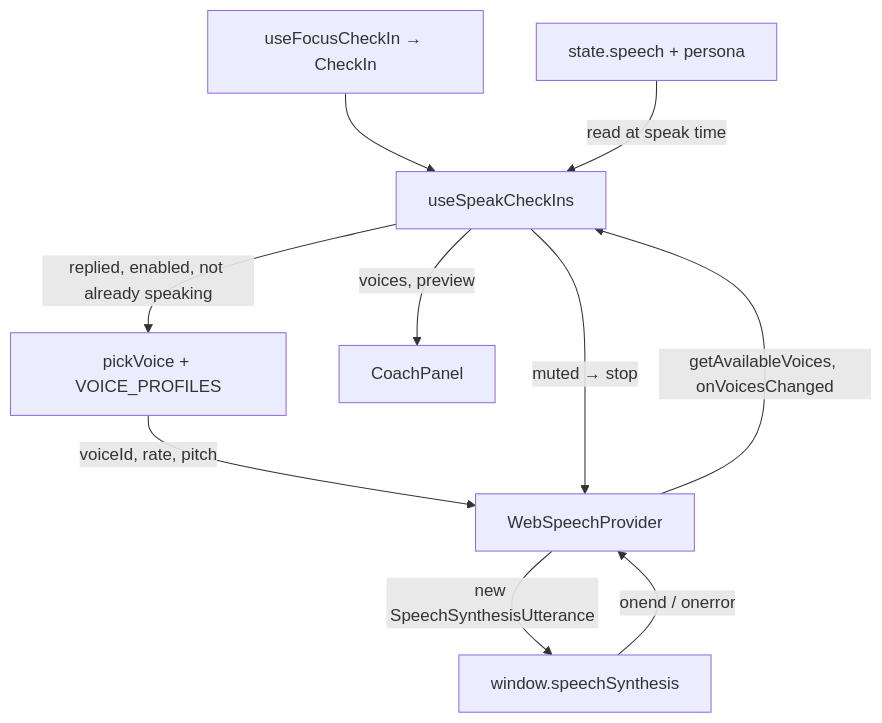
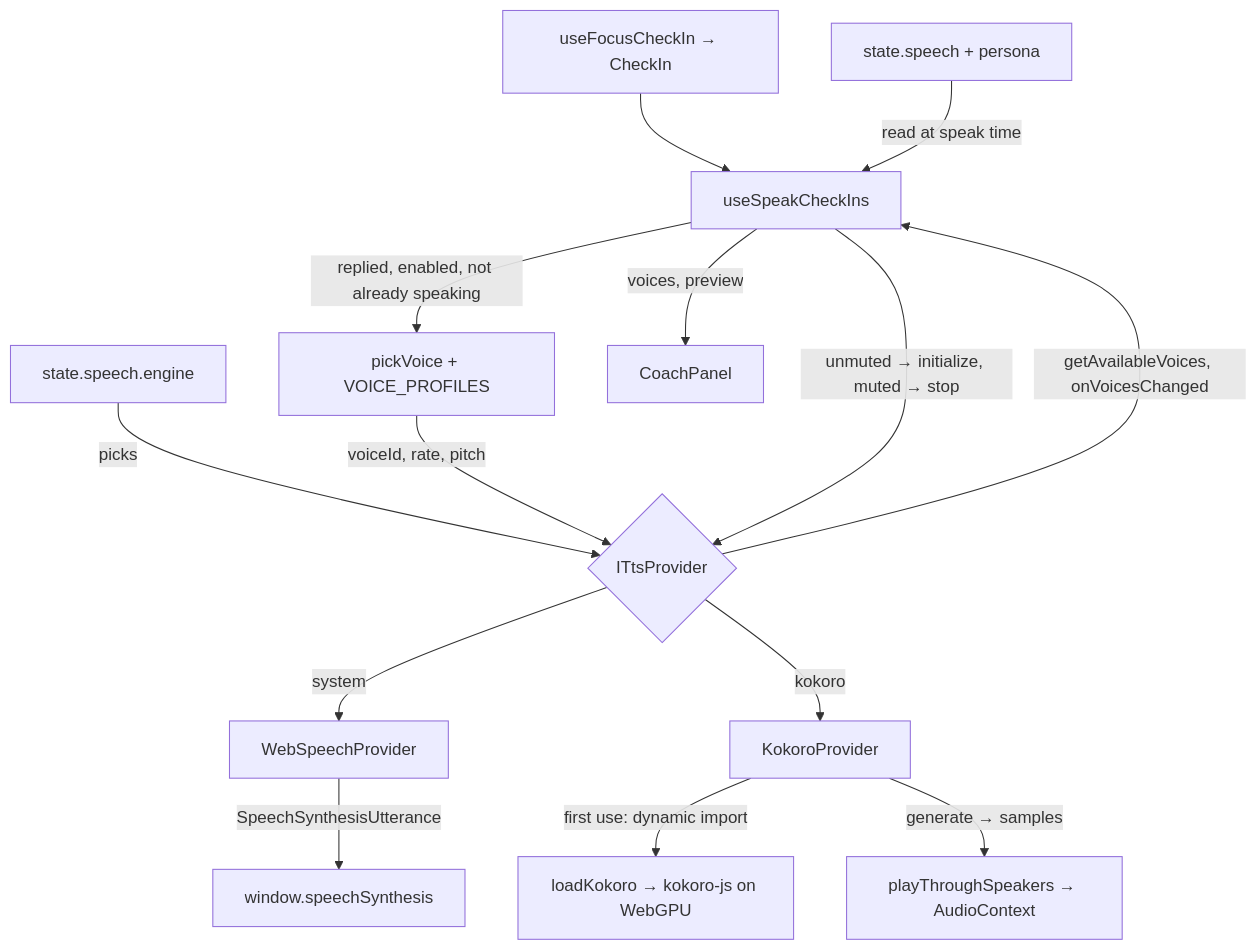
The first of 3 diagrams in src/renderer/services/tts/CONTEXT.md (Masterslayer7/FocusSentinel), drawn with Mermaid before and after one commit. The commit also changed other lines of this file and 24 other files, not shown here.

````diff
--- a/src/renderer/services/tts/CONTEXT.md
+++ b/src/renderer/services/tts/CONTEXT.md
@@ -32,12 +39,16 @@
 ```mermaid
 graph TD
     CheckIn[useFocusCheckIn → CheckIn] --> Hook[useSpeakCheckIns]
     Settings[state.speech + persona] -->|read at speak time| Hook
+    Engine[state.speech.engine] -->|picks| Provider{ITtsProvider}
     Hook -->|replied, enabled, not already speaking| Pick[pickVoice + VOICE_PROFILES]
-    Pick -->|voiceId, rate, pitch| Provider[WebSpeechProvider]
-    Hook -->|muted → stop| Provider
-    Provider -->|new SpeechSynthesisUtterance| Synth[window.speechSynthesis]
-    Synth -->|onend / onerror| Provider
+    Pick -->|voiceId, rate, pitch| Provider
+    Hook -->|unmuted → initialize, muted → stop| Provider
+    Provider -->|system| Web[WebSpeechProvider]
+    Web -->|SpeechSynthesisUtterance| Synth[window.speechSynthesis]
+    Provider -->|kokoro| Kokoro[KokoroProvider]
+    Kokoro -->|first use: dynamic import| Load[loadKokoro → kokoro-js on WebGPU]
+    Kokoro -->|generate → samples| Play[playThroughSpeakers → AudioContext]
     Provider -->|getAvailableVoices, onVoicesChanged| Hook
     Hook -->|voices, preview| Coach[CoachPanel]
 ```
````
